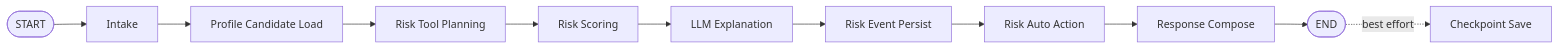
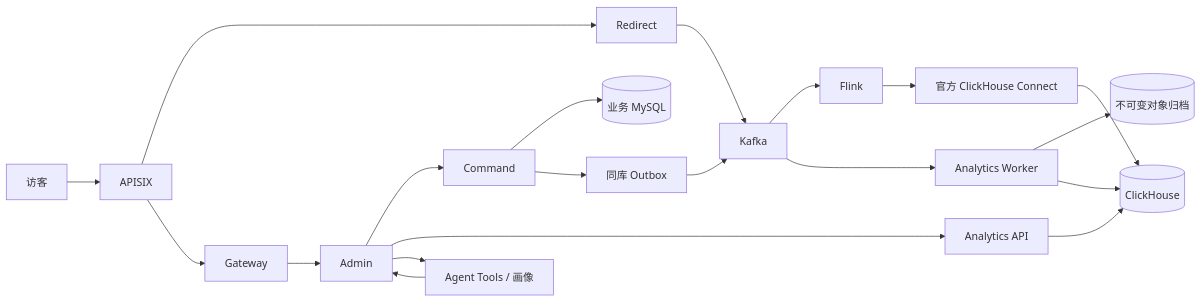
One commit to Jupiter363/shortlink changed the diagram in README.md. Above: the diagram before and after it, drawn with Mermaid. The commit also changed other lines of this file and 648 other files, not shown here.

First line of the commit message:
refactor: split shortlink services and harden gateway event delivery

````diff
--- a/README.md
+++ b/README.md
@@ -449,13 +5,22 @@
 ```mermaid
 flowchart LR
-    S([START]) --> I[Intake]
-    I --> P[Profile Candidate Load]
-    P --> T[Risk Tool Planning]
-    T --> R[Risk Scoring]
-    R --> L[LLM Explanation]
-    L --> V[Risk Event Persist]
-    V --> A[Risk Auto Action]
-    A --> C[Response Compose]
-    C --> E([END])
-    E -. best effort .-> K[Checkpoint Save]
+    U[访客] --> A[APISIX]
+    A --> R[Redirect]
+    A --> G[Gateway]
+    G --> AD[Admin]
+    AD --> C[Command]
+    C --> DB[(业务 MySQL)]
+    C --> O[同库 Outbox]
+    O --> K[Kafka]
+    R --> K
+    K --> F[Flink]
+    F --> KC[官方 ClickHouse Connect]
+    KC --> CH[(ClickHouse)]
+    K --> W[Analytics Worker]
+    W --> S[(不可变对象归档)]
+    W --> CH
+    AD --> API[Analytics API]
+    API --> CH
+    AG[Agent Tools / 画像] --> AD
+    AD --> AG
 ```
````
